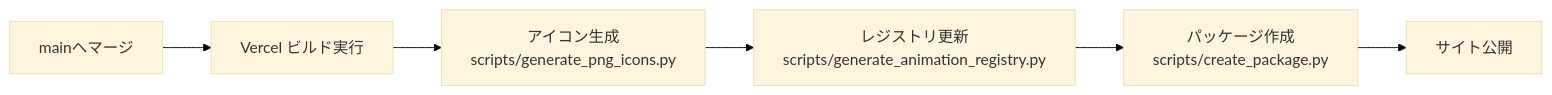
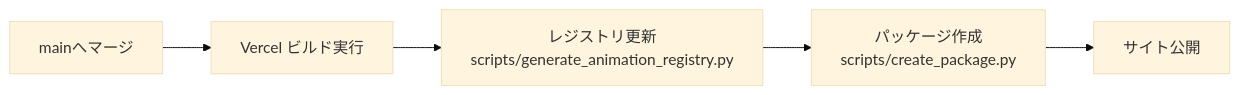
The third of 3 diagrams in docs/README_DEPLOY.md (masanori-satake/QuickLog-Solo), drawn with Mermaid (base theme) before and after one commit.

Commit message:
docs: remove icon generation from Scene 2 delivery flow
Corrected the Scene 2 flowchart to reflect that icon generation is skipped in the Vercel environment, preventing potential misunderstandings about the automated delivery process.

````diff
--- a/docs/README_DEPLOY.md
+++ b/docs/README_DEPLOY.md
@@ -89,8 +89,7 @@
 ```mermaid
 graph LR
     Trigger[mainへマージ] --> VercelBuild[Vercel ビルド実行]
-    VercelBuild --> IconGen[アイコン生成<br/>scripts/generate_png_icons.py]
-    IconGen --> Registry[レジストリ更新<br/>scripts/generate_animation_registry.py]
+    VercelBuild --> Registry[レジストリ更新<br/>scripts/generate_animation_registry.py]
     Registry --> Zip[パッケージ作成<br/>scripts/create_package.py]
     Zip --> Deploy[サイト公開]
 ```
````
